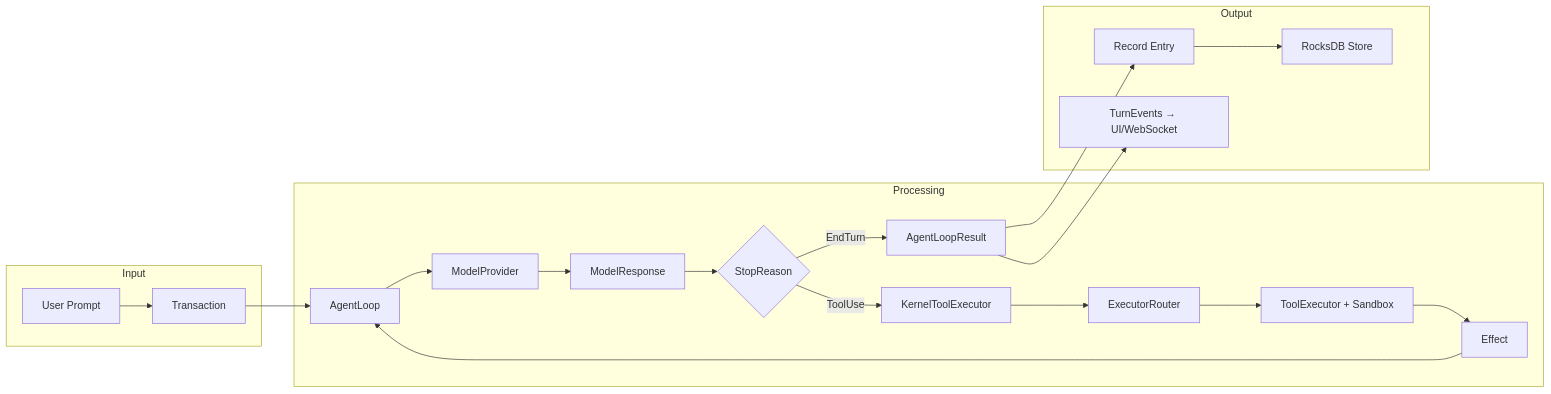
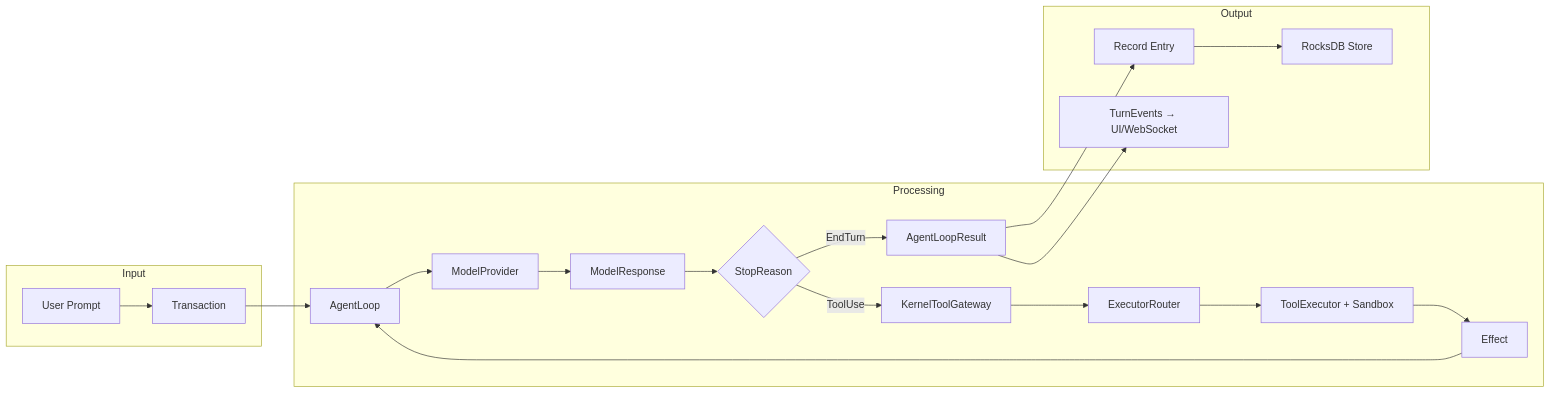
Before and after one commit to cypher-asi/aura-harness: the ninth of 9 diagrams in docs/architecture.md, drawn with Mermaid. The commit also changed other lines of this file and 3 other files, not shown here.

First line of the commit message:
docs: update architecture, README, and add invariants doc

````diff
--- a/docs/architecture.md
+++ b/docs/architecture.md
@@ -686,25 +821,25 @@
 ```mermaid
 flowchart LR
     subgraph Input
         A[User Prompt] --> B[Transaction]
     end
     
     subgraph Processing
         B --> C[AgentLoop]
         C --> D[ModelProvider]
         D --> E[ModelResponse]
         E --> F{StopReason}
-        F -->|ToolUse| G[KernelToolExecutor]
+        F -->|ToolUse| G[KernelToolGateway]
         G --> H[ExecutorRouter]
         H --> I[ToolExecutor + Sandbox]
         I --> J[Effect]
         J --> C
         F -->|EndTurn| K[AgentLoopResult]
     end
     
     subgraph Output
         K --> L[Record Entry]
         L --> M[RocksDB Store]
         K --> N[TurnEvents → UI/WebSocket]
     end
 ```
````
